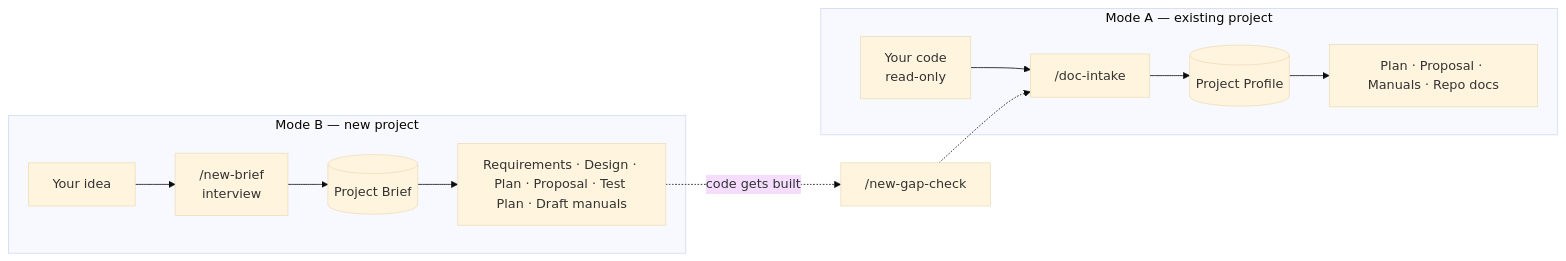
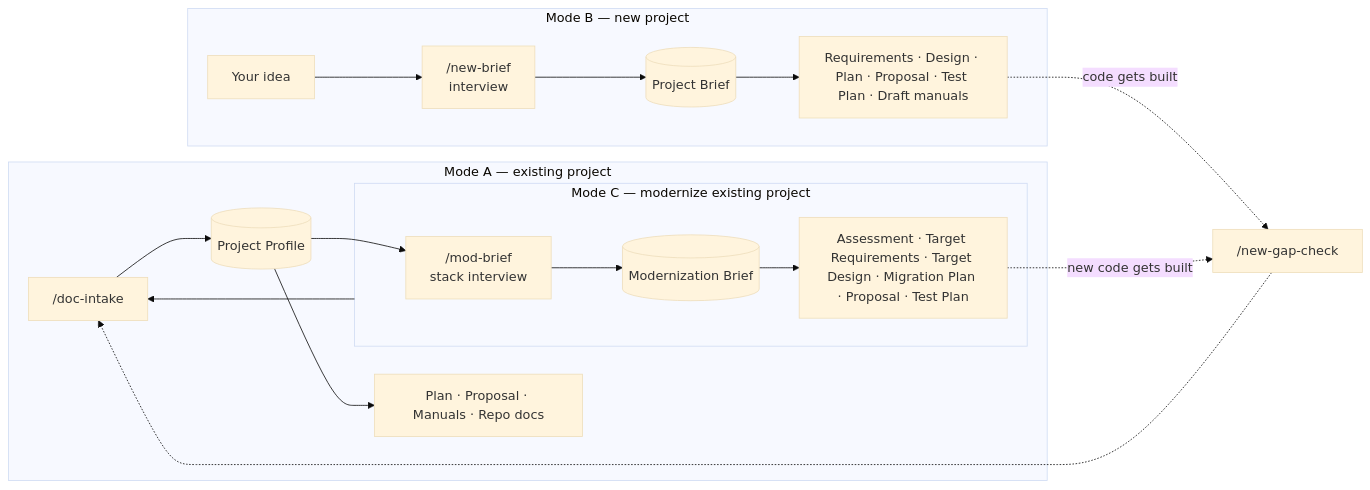
Before and after one commit to strugz/DocumentationCreator: the diagram in README.md, drawn with Mermaid (base theme). The commit also changed other lines of this file and 34 other files, not shown here.

First line of the commit message:
Add Mode C: modernize an existing project into a new one

````diff
--- a/README.md
+++ b/README.md
@@ -110,13 +132,18 @@
 ```mermaid
 flowchart LR
     subgraph A["Mode A — existing project"]
         C[Your code<br/>read-only] --> AI["/doc-intake"] --> PF[(Project Profile)]
         PF --> AD[Plan · Proposal · Manuals · Repo docs]
     end
     subgraph B["Mode B — new project"]
         ID[Your idea] --> BI["/new-brief<br/>interview"] --> BR[(Project Brief)]
         BR --> BD[Requirements · Design · Plan · Proposal · Test Plan · Draft manuals]
     end
+    subgraph C["Mode C — modernize existing project"]
+        PF --> CI["/mod-brief<br/>stack interview"] --> MB[(Modernization Brief)]
+        MB --> CD[Assessment · Target Requirements · Target Design · Migration Plan · Proposal · Test Plan]
+    end
     BD -. "code gets built" .-> GC["/new-gap-check"]
+    CD -. "new code gets built" .-> GC
     GC -.-> AI
 ```
````
